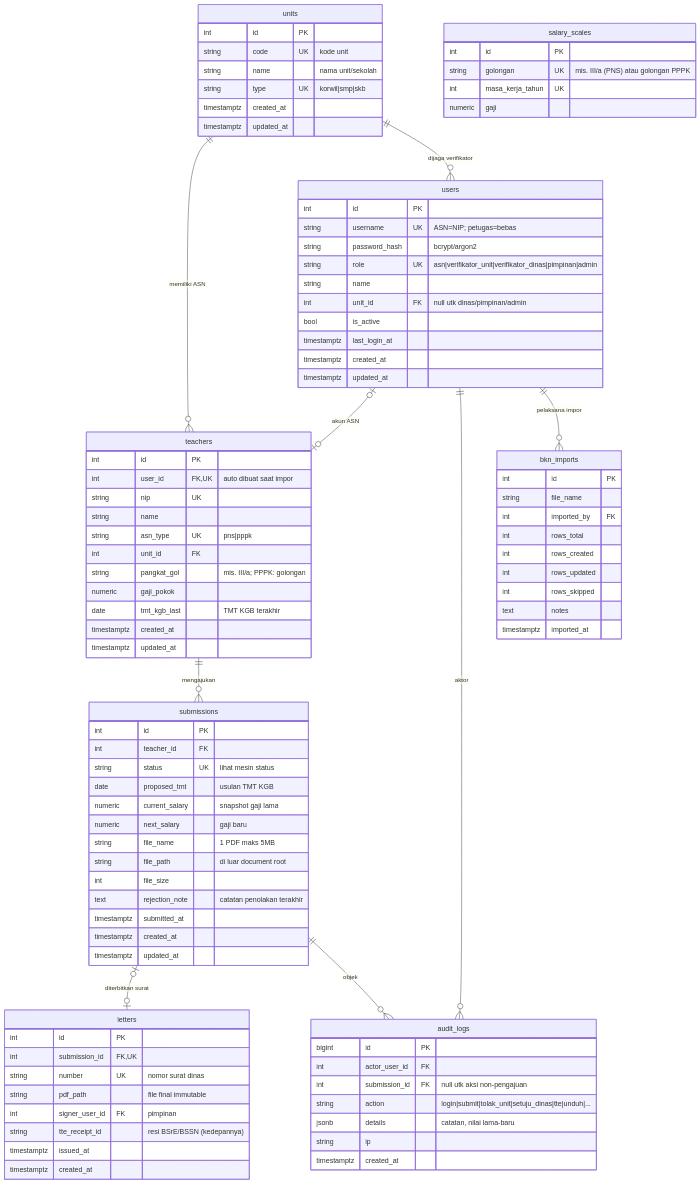
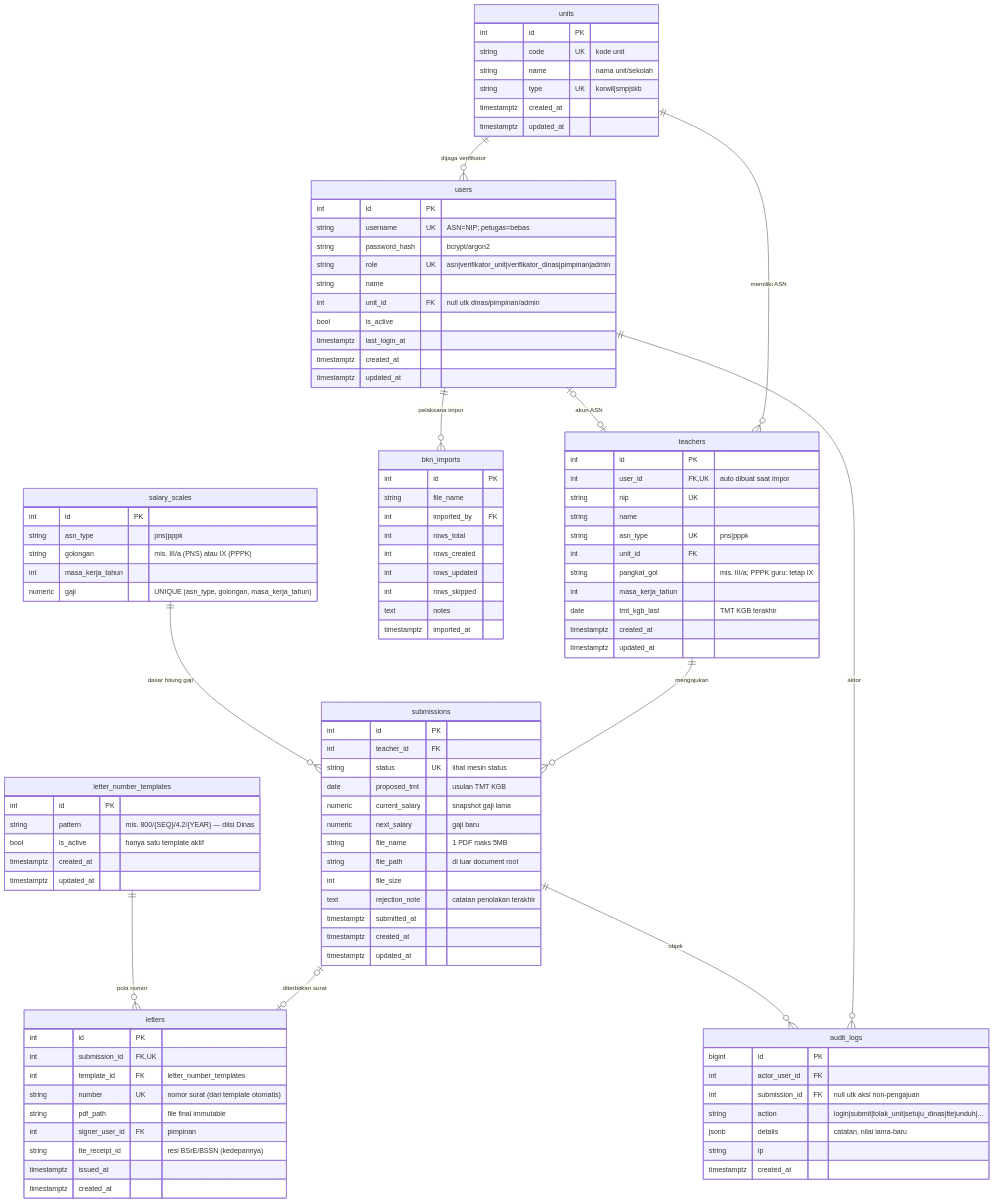
Before and after one commit to chamdaniluk/kgb: the first of 2 diagrams in docs/02-DATABASE-ERD/ERD.md, drawn with Mermaid. The commit also changed other lines of this file and 3 other files, not shown here.

First line of the commit message:
docs: PRD v1.3 + ERD v0.4 — submit ulang, nomor template, tabel skala gaji

````diff
--- a/docs/02-DATABASE-ERD/ERD.md
+++ b/docs/02-DATABASE-ERD/ERD.md
@@ -23,6 +24,8 @@
     users ||--o{ audit_logs : "aktor"
     submissions ||--o{ audit_logs : "objek"
     users ||--o{ bkn_imports : "pelaksana impor"
+    salary_scales ||--o{ submissions : "dasar hitung gaji"
+    letter_number_templates ||--o{ letters : "pola nomor"
 
     units {
         int id PK
@@ -53,8 +56,8 @@
         string name
         string asn_type UK "pns|pppk"
         int unit_id FK
-        string pangkat_gol "mis. III/a; PPPK: golongan"
-        numeric gaji_pokok
+        string pangkat_gol "mis. III/a; PPPK guru: tetap IX"
+        int masa_kerja_tahun
         date tmt_kgb_last "TMT KGB terakhir"
         timestamptz created_at
         timestamptz updated_at
@@ -79,7 +82,8 @@
     letters {
         int id PK
         int submission_id FK,UK
-        string number UK "nomor surat dinas"
+        int template_id FK "letter_number_templates"
+        string number UK "nomor surat (dari template otomatis)"
         string pdf_path "file final immutable"
         int signer_user_id FK "pimpinan"
         string tte_receipt_id "resi BSrE/BSSN (kedepannya)"
@@ -111,8 +115,18 @@
 
     salary_scales {
         int id PK
-        string golongan UK "mis. III/a (PNS) atau golongan PPPK"
-        int masa_kerja_tahun UK
+        string asn_type "pns|pppk"
+        string golongan "mis. III/a (PNS) atau IX (PPPK)"
+        int masa_kerja_tahun
         numeric gaji
+        "UNIQUE (asn_type, golongan, masa_kerja_tahun)"
+    }
+
+    letter_number_templates {
+        int id PK
+        string pattern "mis. 800/{SEQ}/4.2/{YEAR} — diisi Dinas"
+        bool is_active "hanya satu template aktif"
+        timestamptz created_at
+        timestamptz updated_at
     }
 ```
````
